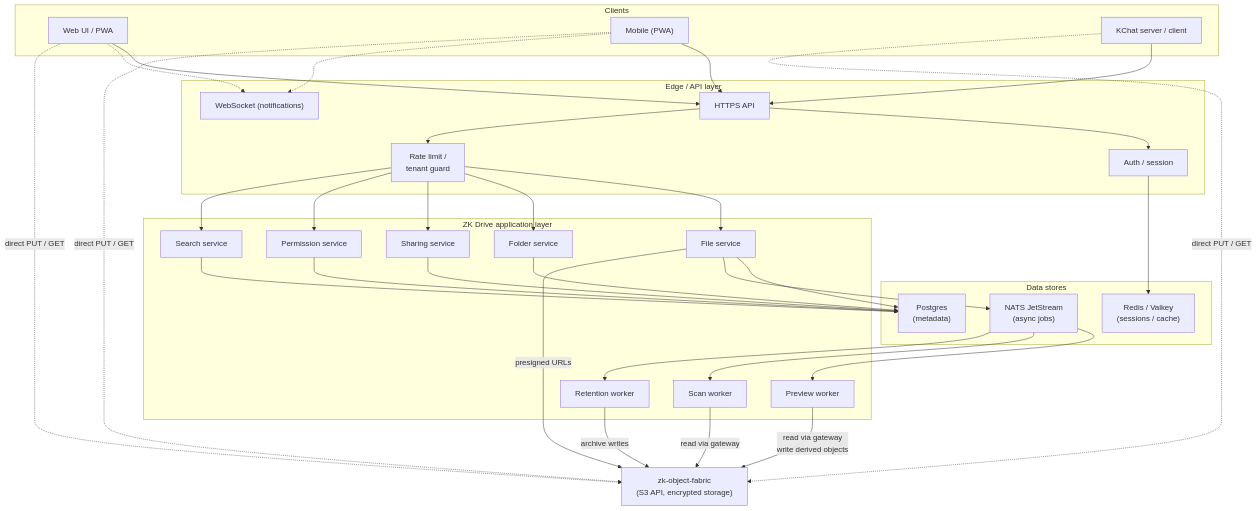
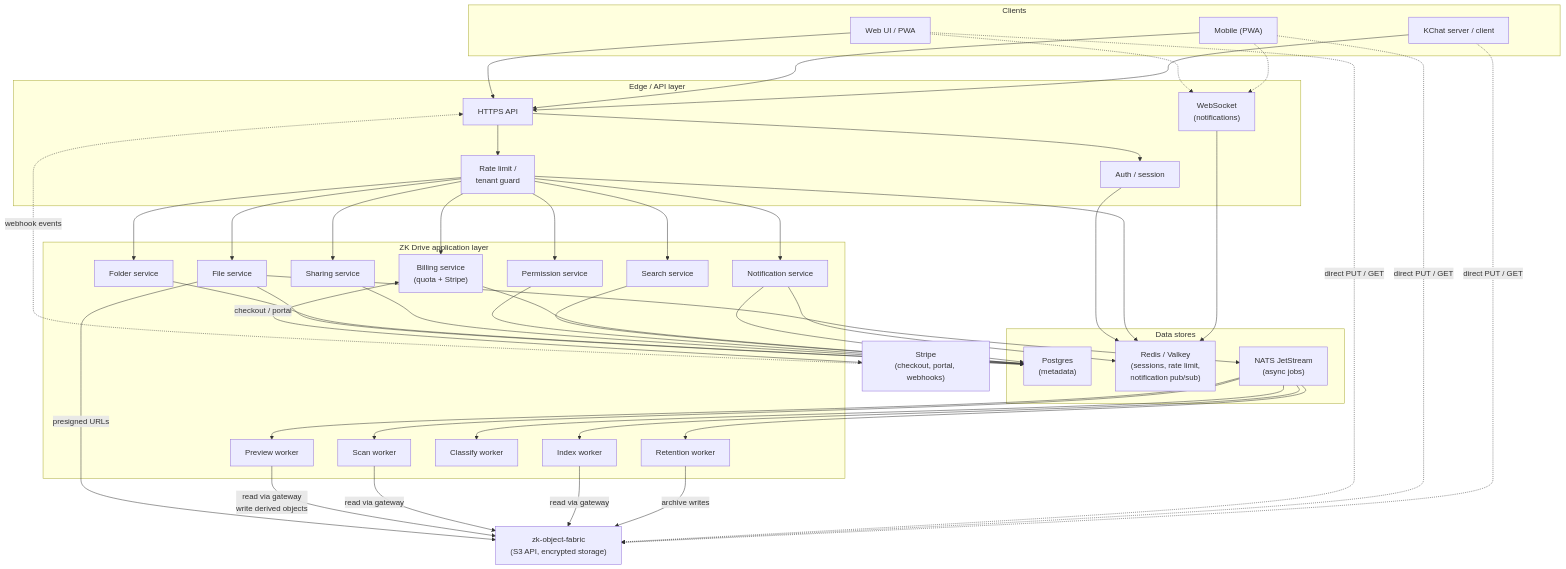
The first of 3 diagrams in docs/ARCHITECTURE.md (kennguy3n/zk-drive), drawn with Mermaid before and after one commit. The commit also changed other lines of this file and 2 other files, not shown here.

```diff
--- a/docs/ARCHITECTURE.md
+++ b/docs/ARCHITECTURE.md
@@ -27,7 +27,7 @@
 
     subgraph Edge["Edge / API layer"]
         API["HTTPS API"]
-        WS["WebSocket (notifications)"]
+        WS["WebSocket<br/>(notifications)"]
         Auth["Auth / session"]
         MW["Rate limit /<br/>tenant guard"]
     end
@@ -38,18 +38,23 @@
         ShareSvc["Sharing service"]
         PermSvc["Permission service"]
         SearchSvc["Search service"]
+        BillSvc["Billing service<br/>(quota + Stripe)"]
+        NotifSvc["Notification service"]
         PreviewW["Preview worker"]
         ScanW["Scan worker"]
+        IndexW["Index worker"]
+        ClassifyW["Classify worker"]
         RetW["Retention worker"]
     end
 
     subgraph Data["Data stores"]
         PG["Postgres<br/>(metadata)"]
-        Redis["Redis / Valkey<br/>(sessions / cache)"]
+        Redis["Redis / Valkey<br/>(sessions, rate limit,<br/>notification pub/sub)"]
         NATS["NATS JetStream<br/>(async jobs)"]
     end
 
     Fabric["zk-object-fabric<br/>(S3 API, encrypted storage)"]
+    Stripe["Stripe<br/>(checkout, portal, webhooks)"]
 
     Web --> API
     Mobile --> API
@@ -64,22 +69,35 @@
     MW --> ShareSvc
     MW --> PermSvc
     MW --> SearchSvc
+    MW --> BillSvc
+    MW --> NotifSvc
 
     FileSvc --> PG
     FolderSvc --> PG
     ShareSvc --> PG
     PermSvc --> PG
     SearchSvc --> PG
+    BillSvc --> PG
+    NotifSvc --> PG
 
     Auth --> Redis
+    MW --> Redis
+    NotifSvc --> Redis
+    WS --> Redis
     FileSvc --> NATS
     NATS --> PreviewW
     NATS --> ScanW
+    NATS --> IndexW
+    NATS --> ClassifyW
     NATS --> RetW
+
+    BillSvc <-->|"checkout / portal"| Stripe
+    Stripe -.->|"webhook events"| API
 
     FileSvc -->|"presigned URLs"| Fabric
     PreviewW -->|"read via gateway<br/>write derived objects"| Fabric
     ScanW -->|"read via gateway"| Fabric
+    IndexW -->|"read via gateway"| Fabric
     RetW -->|"archive writes"| Fabric
     Web -.->|"direct PUT / GET"| Fabric
     Mobile -.->|"direct PUT / GET"| Fabric
```
